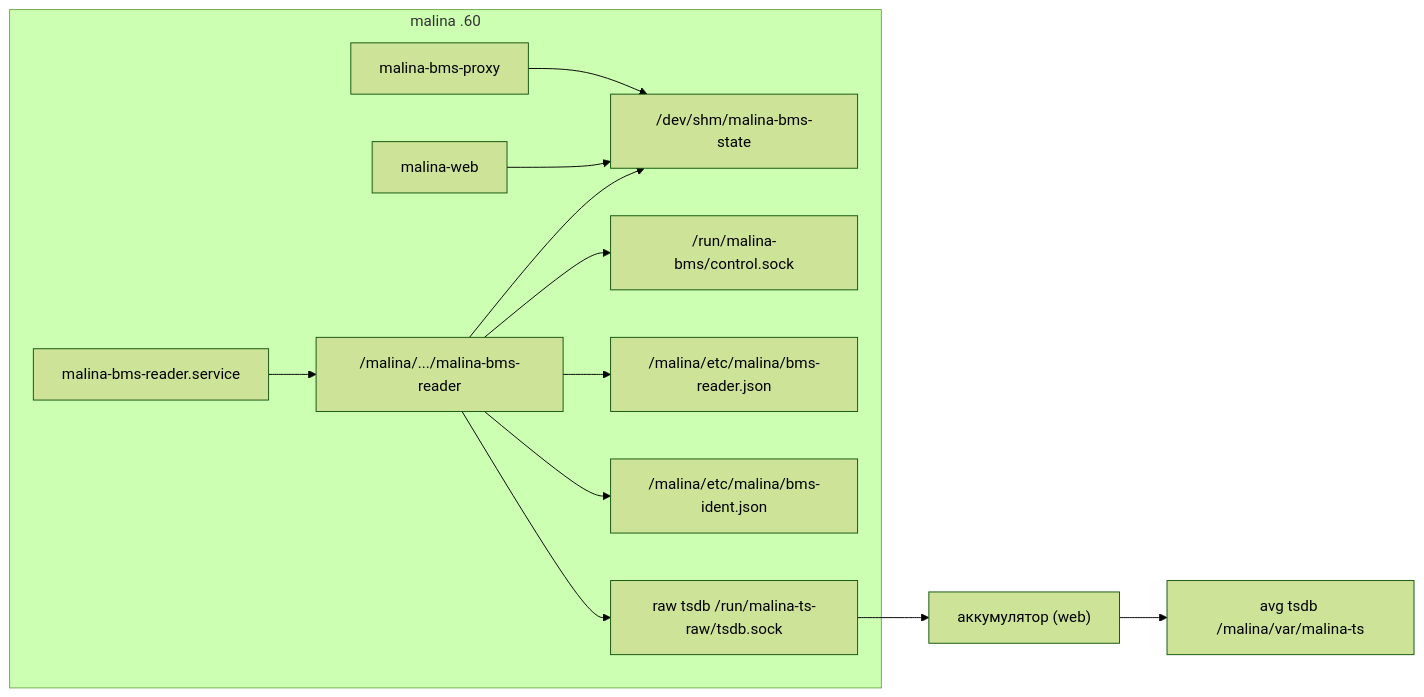
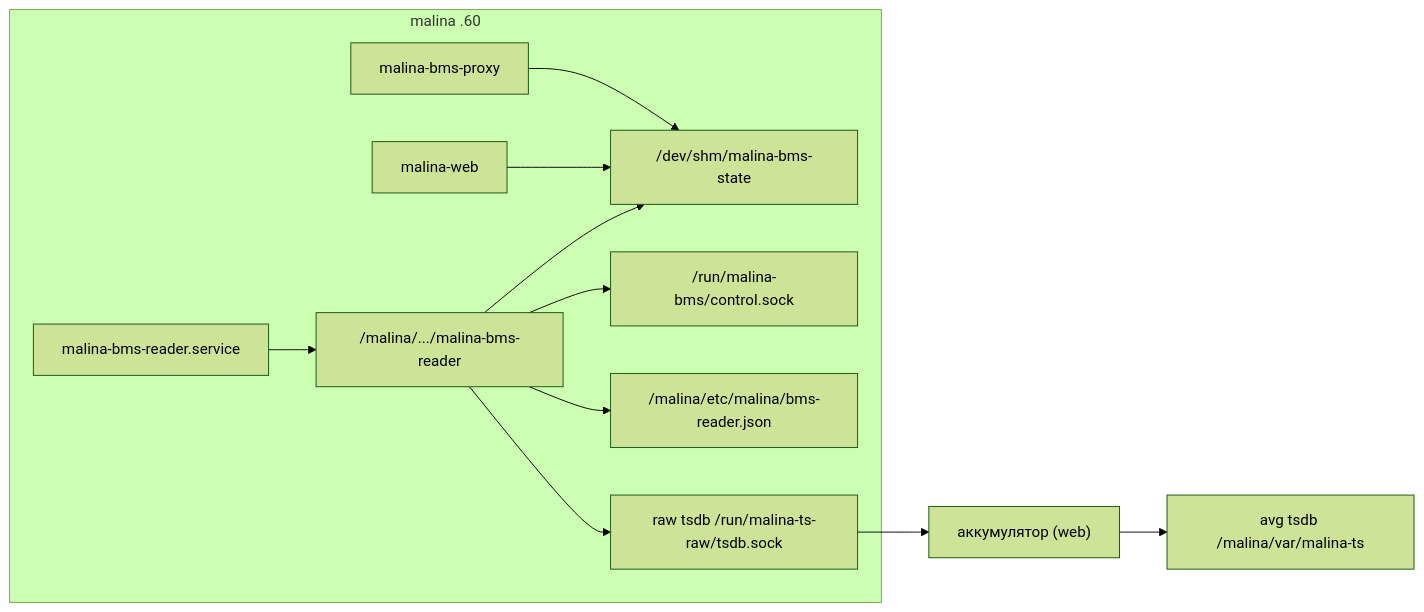
Diagram 11 of 11 in docs/bms-reader-arch.md (galiy/malina-26), drawn with Mermaid (forest theme) before and after one commit. The commit also changed other lines of this file and 37 other files, not shown here.

````diff
--- a/docs/bms-reader-arch.md
+++ b/docs/bms-reader-arch.md
@@ -557,15 +532,14 @@
 ```mermaid
 flowchart LR
   subgraph Pi["malina .60"]
     UNIT["malina-bms-reader.service"] --> BIN["/malina/.../malina-bms-reader"]
     BIN --> SHM["/dev/shm/malina-bms-state"]
     BIN --> SOCK["/run/malina-bms/control.sock"]
     BIN --> CFG["/malina/etc/malina/bms-reader.json"]
-    BIN --> IDENT["/malina/etc/malina/bms-ident.json"]
     BIN --> RAW["raw tsdb /run/malina-ts-raw/tsdb.sock"]
     WEB["malina-web"] --> SHM
     PROXY["malina-bms-proxy"] --> SHM
   end
   ACC["аккумулятор (web)"] --> TS["avg tsdb /malina/var/malina-ts"]
   RAW --> ACC
 ```
````
